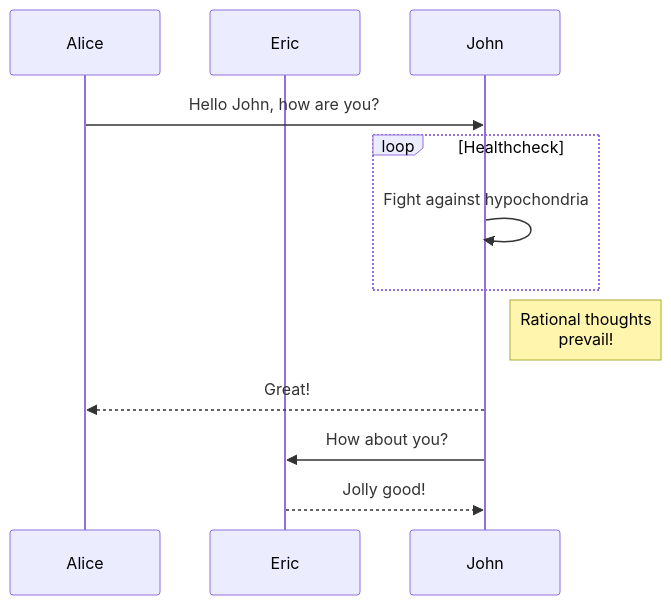
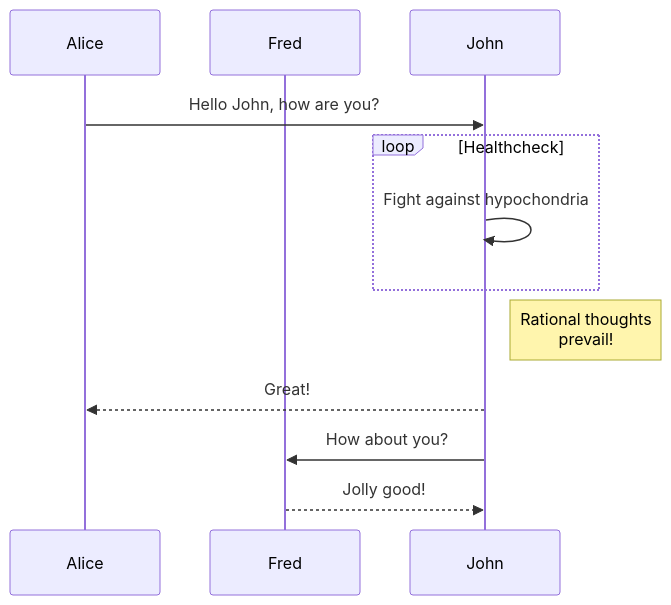
One commit to scowalt/mermaid-markdown-intree changed the diagram in docs/sequence.mmd. Above: the diagram before and after it, drawn with Mermaid. The commit also changed 4 other files, not shown here.

```diff
--- a/docs/sequence.mmd
+++ b/docs/sequence.mmd
@@ -1,13 +1,13 @@
 %% This file gets edited by a developer.
 %% The associated `.svg` file is generated by the precommit hook
 sequenceDiagram
     participant Alice
-    participant Eric
+    participant Fred
     Alice->>John: Hello John, how are you?
     loop Healthcheck
         John->>John: Fight against hypochondria
     end
     Note right of John: Rational thoughts <br/>prevail!
     John-->>Alice: Great!
-    John->>Eric: How about you?
-    Eric-->>John: Jolly good!
+    John->>Fred: How about you?
+    Fred-->>John: Jolly good!
```
